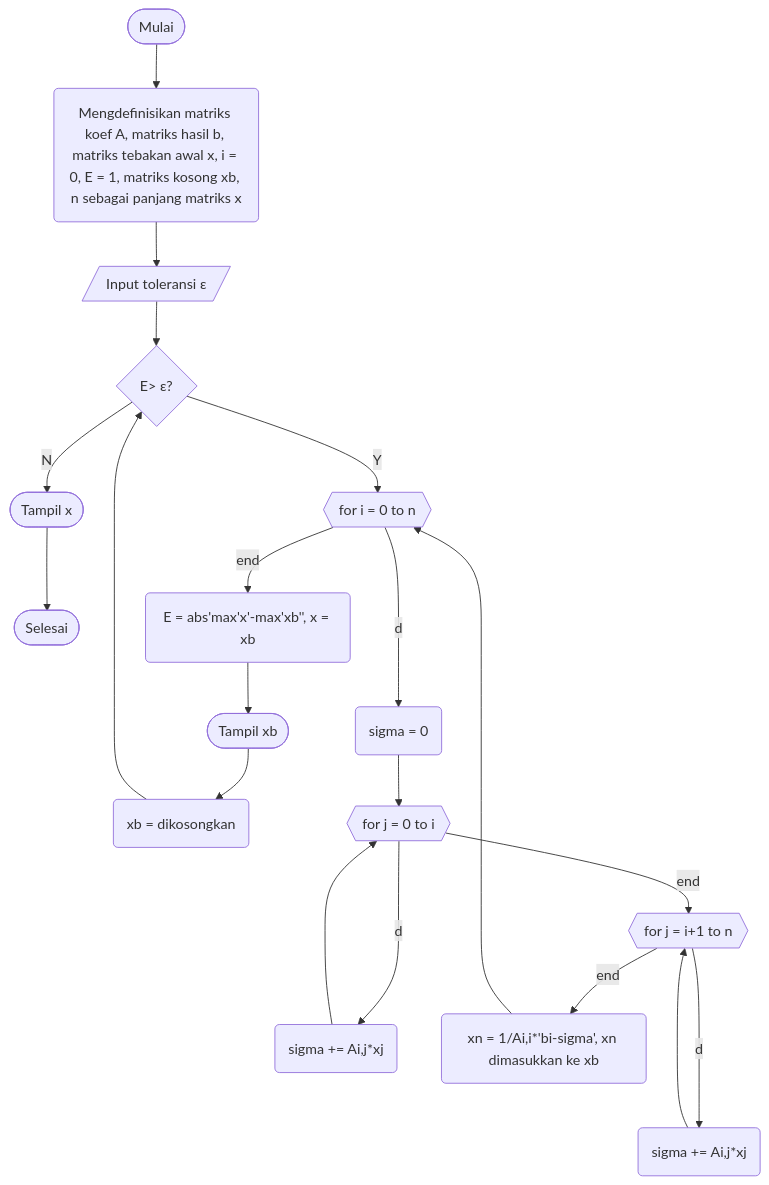
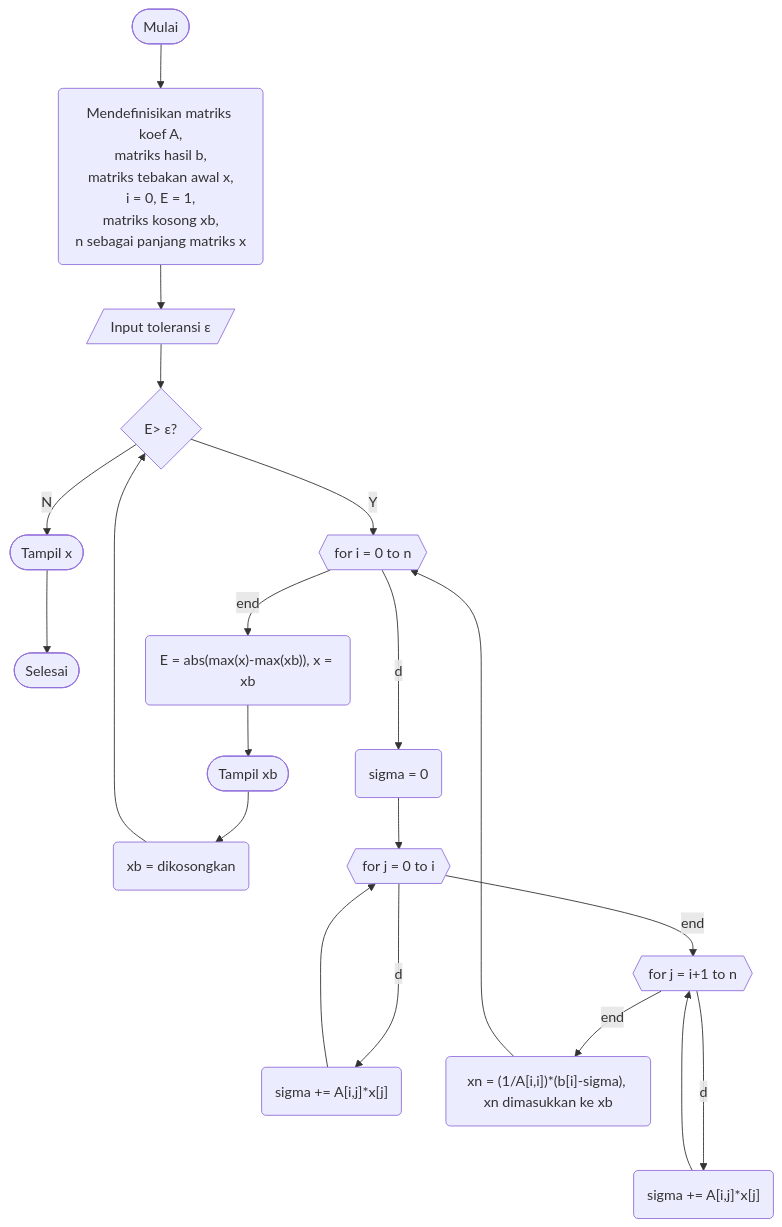
One commit to yozoracaelum/KN-M3 changed the first of 3 diagrams in README.md. Above: the diagram before and after it, drawn with Mermaid. The commit also changed other lines of this file, not shown here.

````diff
--- a/README.md
+++ b/README.md
@@ -4,22 +4,22 @@
 ```mermaid
 graph TD;
-    A([Mulai])-->B(Mengdefinisikan matriks koef A, matriks hasil b, matriks tebakan awal x, i = 0, E = 1, matriks kosong xb, n sebagai panjang matriks x);
+    A([Mulai])-->B(Mendefinisikan matriks koef A,<br/>matriks hasil b,<br/>matriks tebakan awal x,<br/>i = 0, E = 1,<br/>matriks kosong xb,<br/>n sebagai panjang matriks x);
     B-->C[/Input toleransi ε/];
     C-->D{E> ε?};
     D--Y-->E{{for i = 0 to n}};
     D--N-->O([Tampil x]);
     O-->P([Selesai]);
-    E--end-->L(E = abs'max'x'-max'xb'', x = xb);
+    E--end-->L("E = abs(max(x)-max(xb)), x = xb");
     L-->M([Tampil xb]);
     M-->N(xb = dikosongkan);
     N-->D;
     E--do-->F(sigma = 0);
     F-->G{{for j = 0 to i}}
-    G--do-->H(sigma += Ai,j*xj);
+    G--do-->H("sigma += A[i,j]*x[j]");
     H-->G;
     G--end-->I{{for j = i+1 to n}};
-    I--do-->J(sigma += Ai,j*xj);
+    I--do-->J("sigma += A[i,j]*x[j]");
     J-->I;
-    I--end-->K(xn = 1/Ai,i*'bi-sigma', xn dimasukkan ke xb);
+    I--end-->K("xn = (1/A[i,i])*(b[i]-sigma), xn dimasukkan ke xb");
     K-->E;
 ```
````
